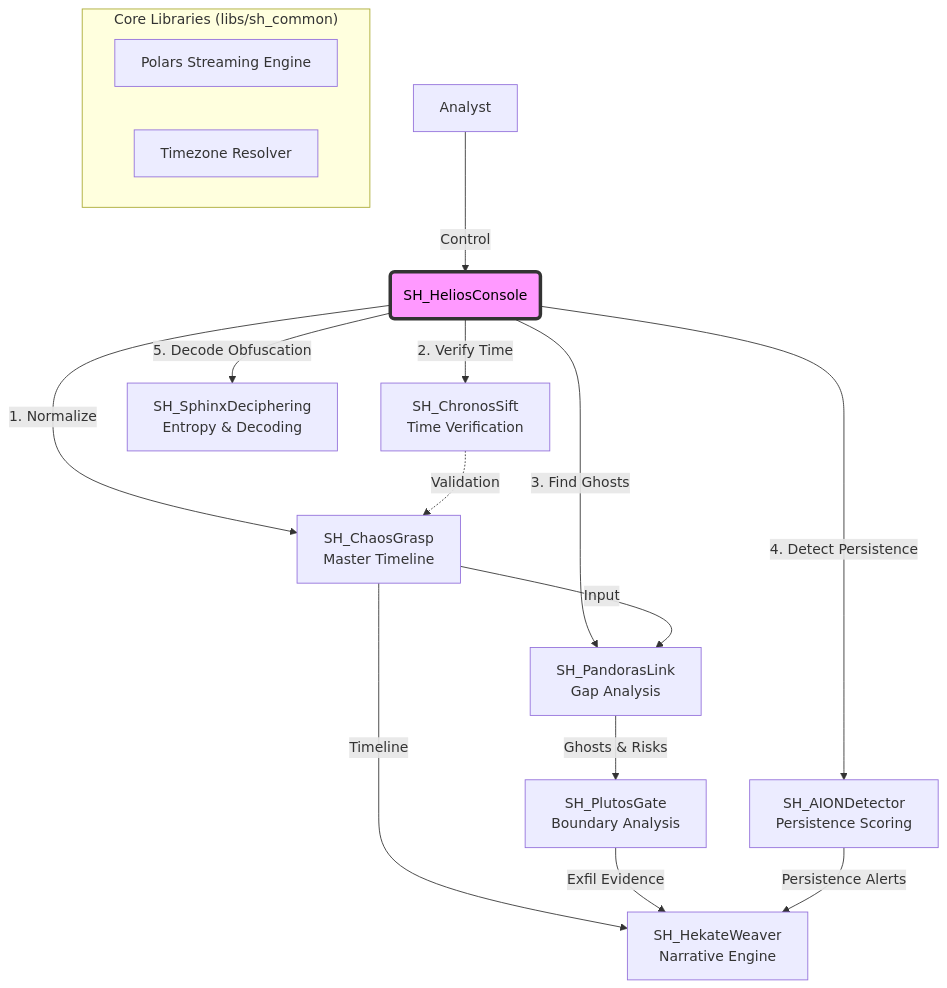
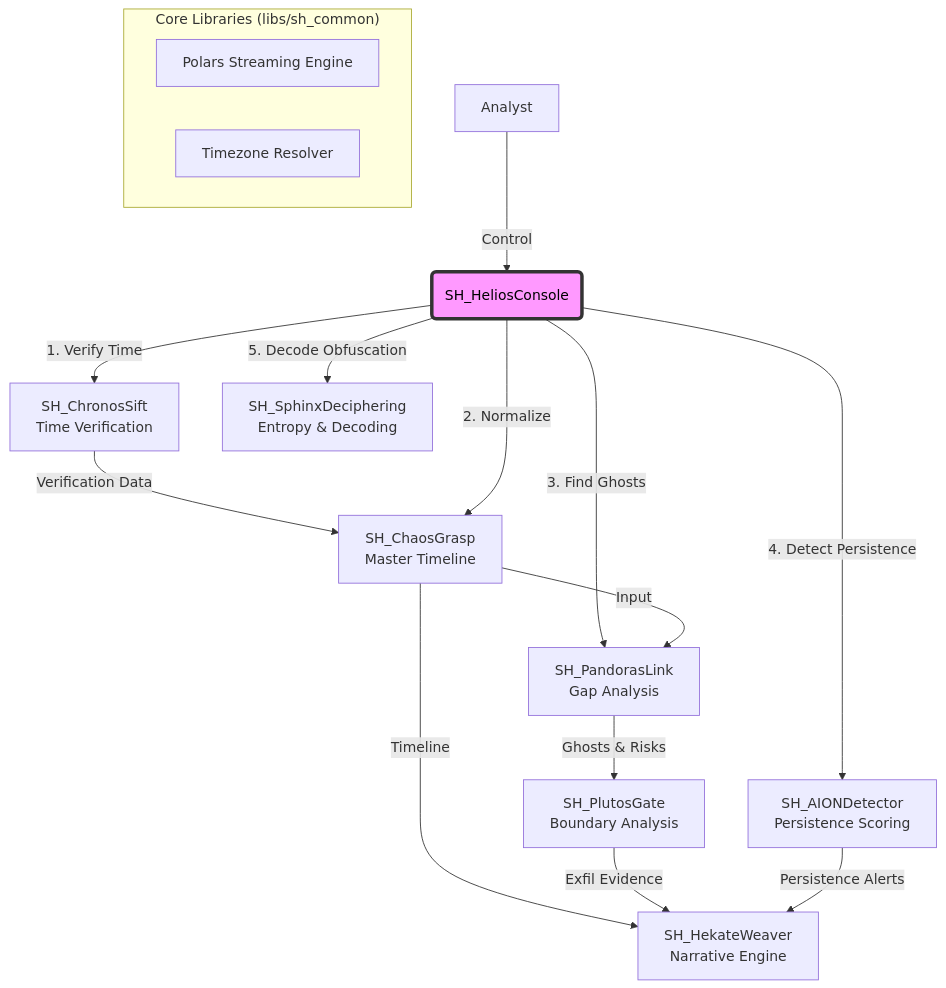
One commit to schutzz/SkiaHelios changed the diagram in README.md. Above: the diagram before and after it, drawn with Mermaid. The commit also changed other lines of this file, not shown here.

````diff
--- a/README.md
+++ b/README.md
@@ -19,34 +19,34 @@
 ```mermaid
 graph TD
     User[Analyst] -->|Control| Helios(SH_HeliosConsole)
     
     %% Helios Console Styling
     style Helios fill:#f9f,stroke:#333,stroke-width:4px,color:black
 
-    %% Phase 1: Foundation
-    Helios -->|1. Normalize| Chaos[SH_ChaosGrasp<br/>Master Timeline]
+    %% Phase 1: Foundation & Verification
+    Helios -->|1. Verify Time| Chronos[SH_ChronosSift<br/>Time Verification]
+    Chronos -->|Verification Data| Chaos[SH_ChaosGrasp<br/>Master Timeline]
+    Helios -->|2. Normalize| Chaos
     
     %% Phase 2: Deep Analysis Modules
-    Helios -->|2. Verify Time| Chronos[SH_ChronosSift<br/>Time Verification]
     Helios -->|3. Find Ghosts| Pandora[SH_PandorasLink<br/>Gap Analysis]
     Helios -->|4. Detect Persistence| AION[SH_AIONDetector<br/>Persistence Scoring]
     Helios -->|5. Decode Obfuscation| Sphinx[SH_SphinxDeciphering<br/>Entropy & Decoding]
 
     %% Internal Data Flow
     Chaos -->|Input| Pandora
-    Chronos -.->|Validation| Chaos
     
     %% Phase 3: Exfiltration Tracking
     Pandora -->|Ghosts & Risks| Plutos[SH_PlutosGate<br/>Boundary Analysis]
 
     %% Phase 4: Final Narrative
     Chaos -->|Timeline| Hekate[SH_HekateWeaver<br/>Narrative Engine]
     Plutos -->|Exfil Evidence| Hekate
     AION -->|Persistence Alerts| Hekate
 
     %% Subsystems
     subgraph "Core Libraries (libs/sh_common)"
         PolarsEngine[Polars Streaming Engine]
         TZ[Timezone Resolver]
     end
 ```
````
